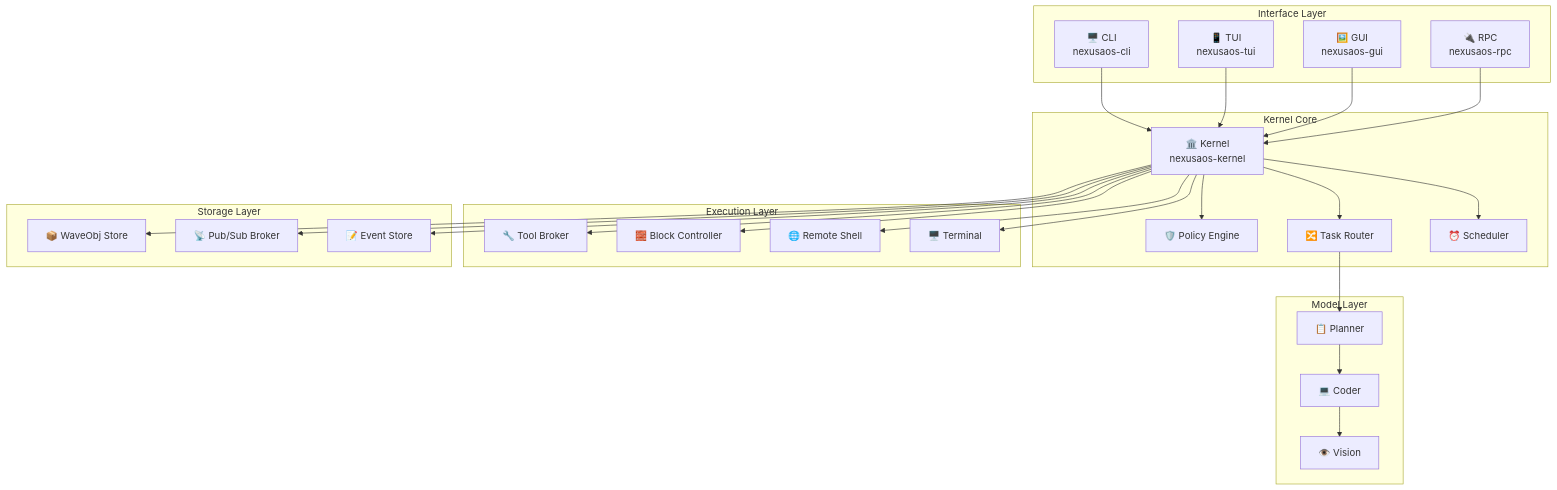
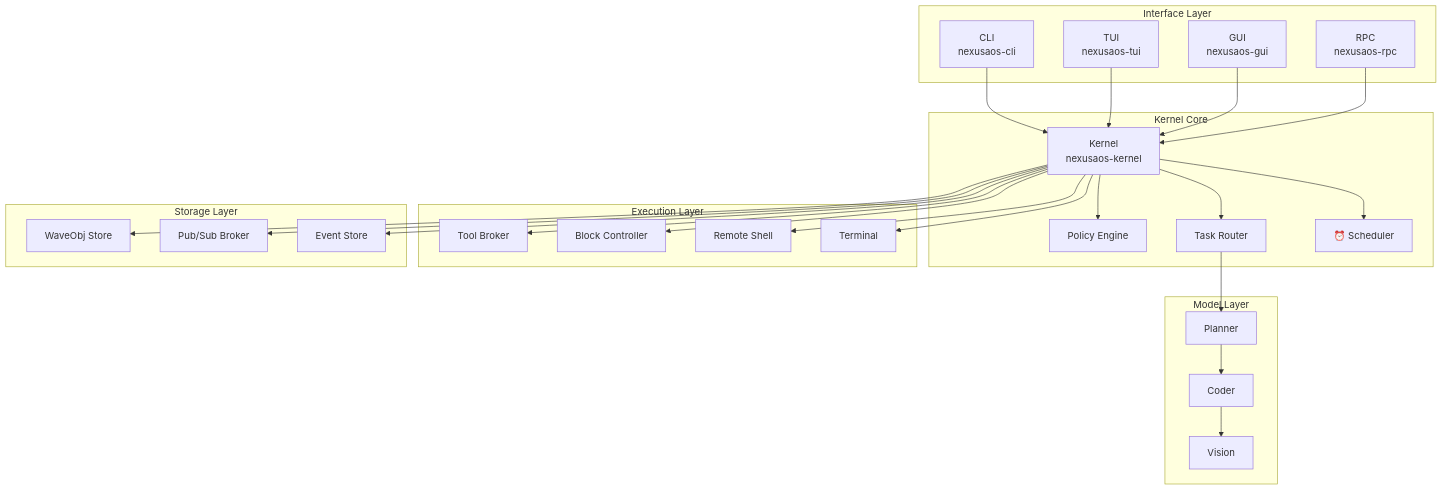
One commit to gaganjainse/nexus-kernel changed the first of 5 diagrams in README.md. Above: the diagram before and after it, drawn with Mermaid. The commit also changed other lines of this file, not shown here.

````diff
--- a/README.md
+++ b/README.md
@@ -62,57 +59,57 @@
 ```mermaid
 graph TB
     subgraph "Interface Layer"
-        CLI["🖥️ CLI<br/>nexusaos-cli"]
-        TUI["📱 TUI<br/>nexusaos-tui"]
-        GUI["🖼️ GUI<br/>nexusaos-gui"]
-        RPC["🔌 RPC<br/>nexusaos-rpc"]
+        CLI[" CLI<br/>nexusaos-cli"]
+        TUI[" TUI<br/>nexusaos-tui"]
+        GUI[" GUI<br/>nexusaos-gui"]
+        RPC[" RPC<br/>nexusaos-rpc"]
     end
 
     subgraph "Kernel Core"
-        K["🏛️ Kernel<br/>nexusaos-kernel"]
-        P["🛡️ Policy Engine"]
-        R["🔀 Task Router"]
+        K[" Kernel<br/>nexusaos-kernel"]
+        P[" Policy Engine"]
+        R[" Task Router"]
         S["⏰ Scheduler"]
     end
 
     subgraph "Model Layer"
-        PL["📋 Planner"]
-        CO["💻 Coder"]
-        VI["👁️ Vision"]
+        PL[" Planner"]
+        CO[" Coder"]
+        VI[" Vision"]
     end
 
     subgraph "Execution Layer"
-        T["🔧 Tool Broker"]
-        B["🧱 Block Controller"]
-        RM["🌐 Remote Shell"]
-        TE["🖥️ Terminal"]
+        T[" Tool Broker"]
+        B[" Block Controller"]
+        RM[" Remote Shell"]
+        TE[" Terminal"]
     end
 
     subgraph "Storage Layer"
-        WO["📦 WaveObj Store"]
-        WP["📡 Pub/Sub Broker"]
-        ES["📝 Event Store"]
+        WO[" WaveObj Store"]
+        WP[" Pub/Sub Broker"]
+        ES[" Event Store"]
     end
 
     CLI --> K
     TUI --> K
     GUI --> K
     RPC --> K
 
     K --> P
     K --> R
     K --> S
 
     R --> PL
     PL --> CO
     CO --> VI
 
     K --> T
     K --> B
     K --> RM
     K --> TE
 
     K --> WO
     K --> WP
     K --> ES
 ```
````
